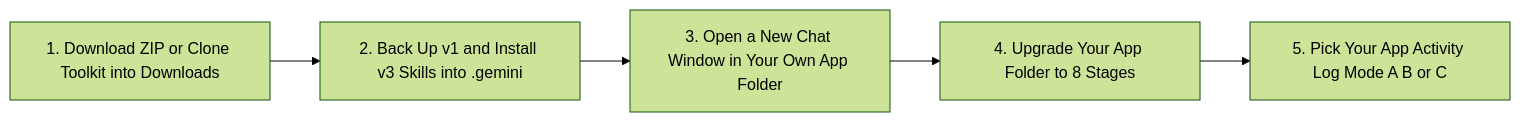
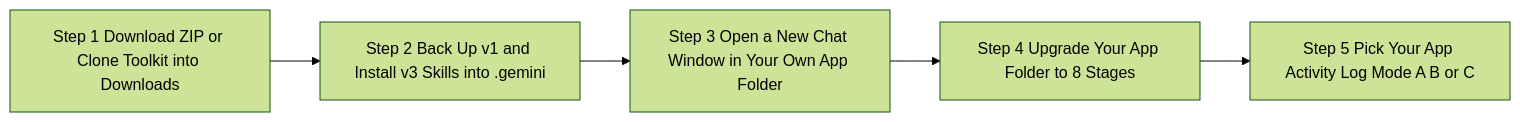
Before and after one commit to cwserna/asdlc-customer-kit: the diagram in UPGRADE.md, drawn with Mermaid (forest theme). The commit also changed other lines of this file and 22 other files, not shown here.

````diff
--- a/UPGRADE.md
+++ b/UPGRADE.md
@@ -64,7 +64,7 @@
 ```mermaid
 flowchart LR
-    Step1["1. Download ZIP or Clone Toolkit into Downloads"] --> Step2["2. Back Up v1 and Install v3 Skills into .gemini"]
-    Step2 --> Step3["3. Open a New Chat Window in Your Own App Folder"]
-    Step3 --> Step4["4. Upgrade Your App Folder to 8 Stages"]
-    Step4 --> Step5["5. Pick Your App Activity Log Mode A B or C"]
+    Step1["Step 1 Download ZIP or Clone Toolkit into Downloads"] --> Step2["Step 2 Back Up v1 and Install v3 Skills into .gemini"]
+    Step2 --> Step3["Step 3 Open a New Chat Window in Your Own App Folder"]
+    Step3 --> Step4["Step 4 Upgrade Your App Folder to 8 Stages"]
+    Step4 --> Step5["Step 5 Pick Your App Activity Log Mode A B or C"]
 ```
````
